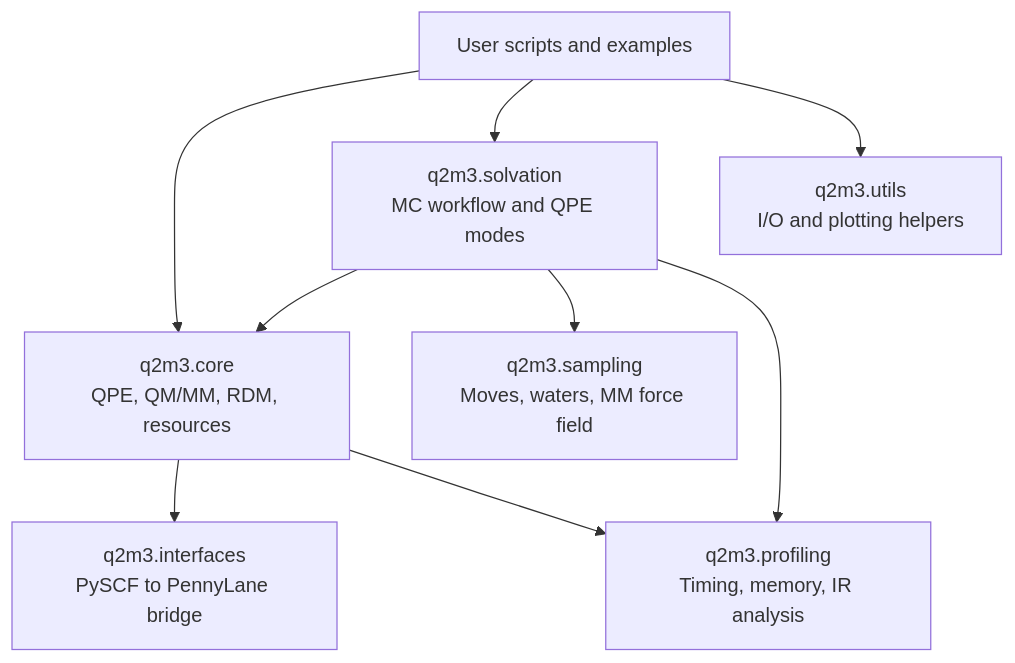
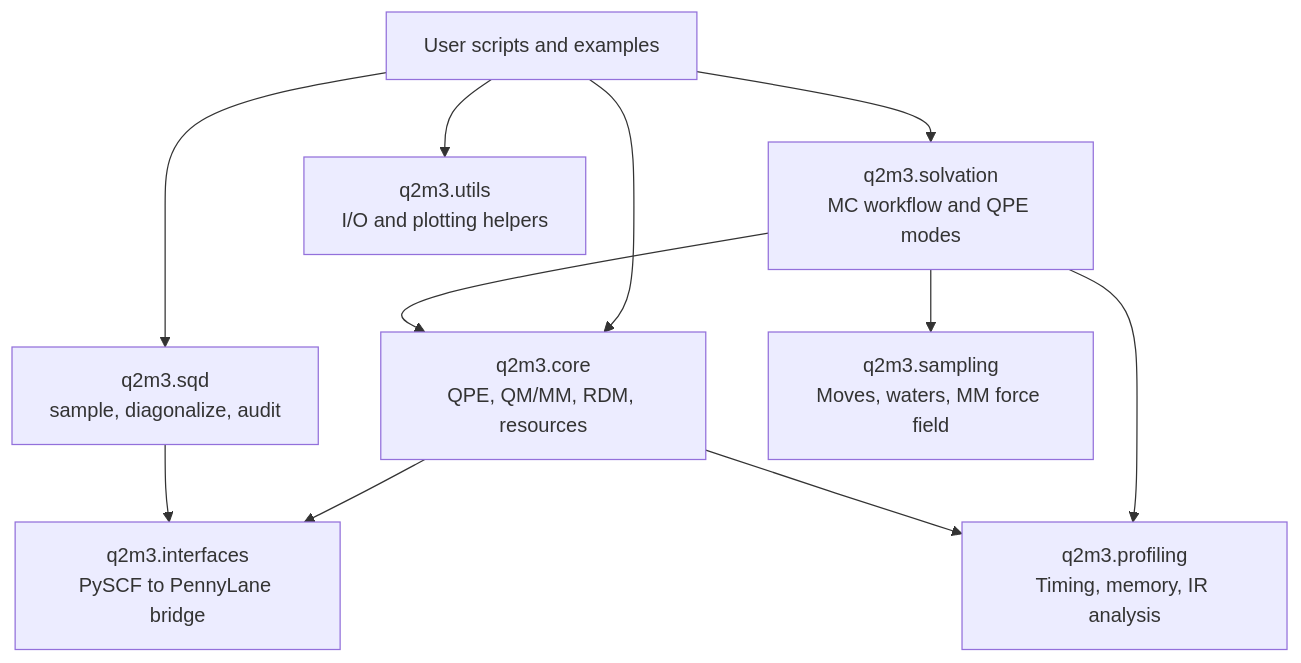
One commit to yjmaxpayne/q2m3 changed the first of 3 diagrams in doc/source/architecture.md. Above: the diagram before and after it, drawn with Mermaid. The commit also changed other lines of this file and 18 other files, not shown here.

````diff
--- a/doc/source/architecture.md
+++ b/doc/source/architecture.md
@@ -10,22 +10,25 @@
 ```{mermaid}
 flowchart TB
     accTitle: q2m3 Package Layers
-    accDescr: q2m3 separates orchestration, core quantum chemistry, interfaces, solvation sampling, and diagnostics.
+    accDescr: q2m3 separates orchestration, core quantum chemistry, sample-based diagonalization, interfaces, solvation sampling, and diagnostics.
 
     user["User scripts and examples"]
     core["q2m3.core<br/>QPE, QM/MM, RDM, resources"]
     interfaces["q2m3.interfaces<br/>PySCF to PennyLane bridge"]
+    sqd["q2m3.sqd<br/>sample, diagonalize, audit"]
     solvation["q2m3.solvation<br/>MC workflow and QPE modes"]
     sampling["q2m3.sampling<br/>Moves, waters, MM force field"]
     profiling["q2m3.profiling<br/>Timing, memory, IR analysis"]
     utils["q2m3.utils<br/>I/O and plotting helpers"]
 
     user --> core
     user --> solvation
+    user --> sqd
     core --> interfaces
+    sqd --> interfaces
     solvation --> core
     solvation --> sampling
     solvation --> profiling
     core --> profiling
     user --> utils
 ```
````
